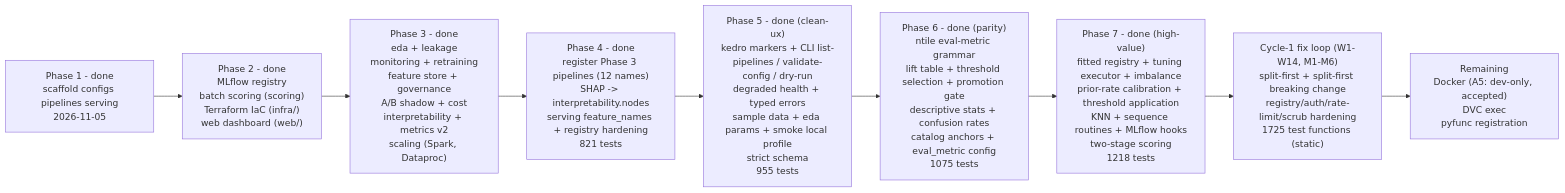
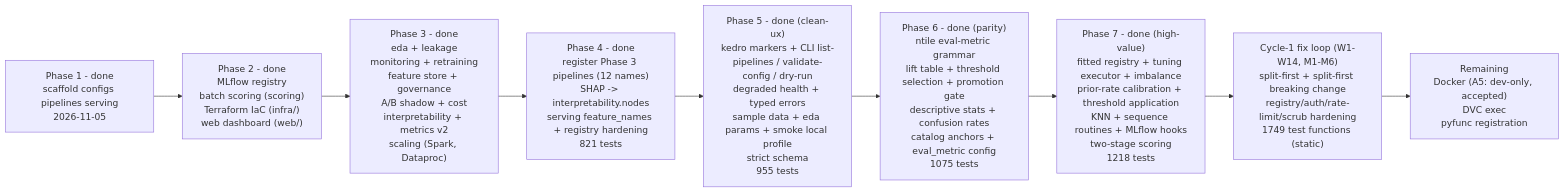
One commit to ankithaldar/all_projects changed the sixth of 6 diagrams in forecast_ml_framework/README.md. Above: the diagram before and after it, drawn with Mermaid. The commit also changed other lines of this file and 12 other files, not shown here.

````diff
--- a/forecast_ml_framework/README.md
+++ b/forecast_ml_framework/README.md
@@ -2334,11 +2370,11 @@
 ```mermaid
 flowchart LR
   P1["Phase 1 - done<br/>scaffold configs pipelines serving<br/>2026-11-05"] --> P2["Phase 2 - done<br/>MLflow registry<br/>batch scoring (scoring)<br/>Terraform IaC (infra/)<br/>web dashboard (web/)"]
   P2 --> P3["Phase 3 - done<br/>eda + leakage<br/>monitoring + retraining<br/>feature store + governance<br/>A/B shadow + cost<br/>interpretability + metrics v2<br/>scaling (Spark, Dataproc)"]
   P3 --> P4["Phase 4 - done<br/>register Phase 3 pipelines (12 names)<br/>SHAP -> interpretability.nodes<br/>serving feature_names + registry hardening<br/>821 tests"]
   P4 --> P5["Phase 5 - done (clean-ux)<br/>kedro markers + CLI list-pipelines / validate-config / dry-run<br/>degraded health + typed errors<br/>sample data + eda params + smoke local profile<br/>strict schema<br/>955 tests"]
   P5 --> P6["Phase 6 - done (parity)<br/>ntile eval-metric grammar<br/>lift table + threshold selection + promotion gate<br/>descriptive stats + confusion rates<br/>catalog anchors + eval_metric config<br/>1075 tests"]
   P6 --> P7["Phase 7 - done (high-value)<br/>fitted registry + tuning executor + imbalance<br/>prior-rate calibration + threshold application<br/>KNN + sequence routines + MLflow hooks<br/>two-stage scoring<br/>1218 tests"]
-  P7 --> LOOP["Cycle-1 fix loop (W1-W14, M1-M6)<br/>split-first + split-first breaking change<br/>registry/auth/rate-limit/scrub hardening<br/>1725 test functions (static)"]
+  P7 --> LOOP["Cycle-1 fix loop (W1-W14, M1-M6)<br/>split-first + split-first breaking change<br/>registry/auth/rate-limit/scrub hardening<br/>1749 test functions (static)"]
   LOOP --> REM["Remaining<br/>Docker (A5: dev-only, accepted)<br/>DVC exec<br/>pyfunc registration"]
 ```
````
